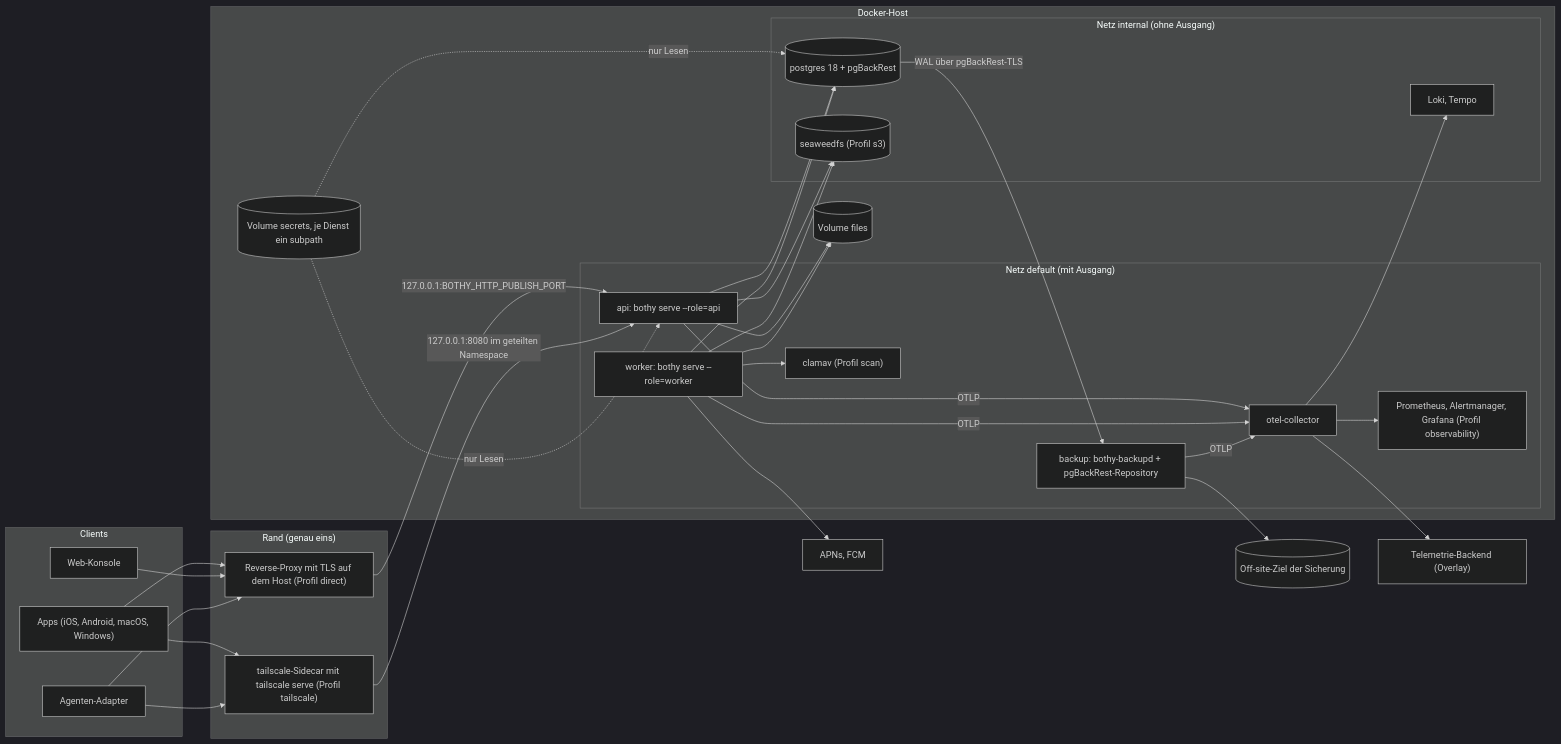
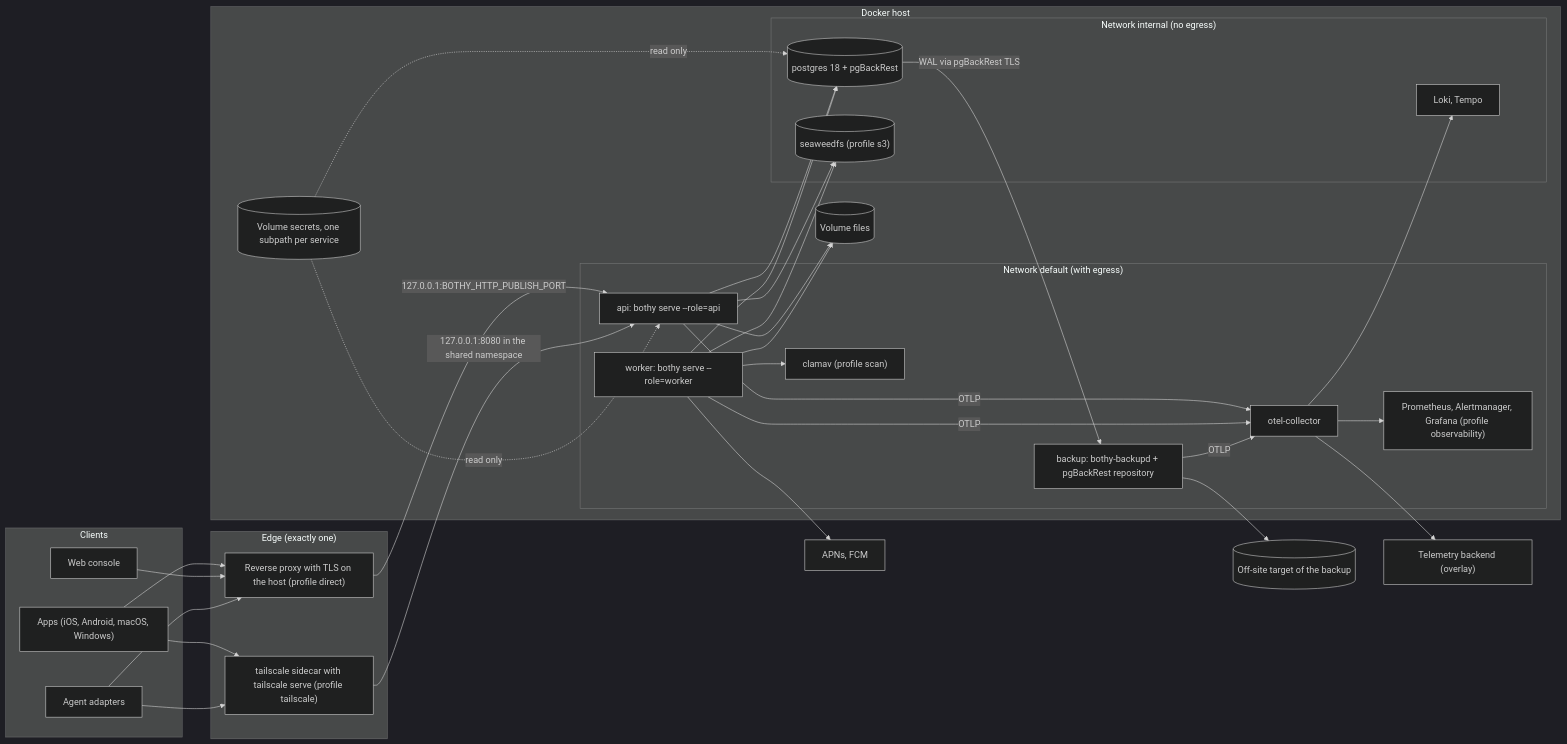
The diagram in docs/operations/diagrams/deployment-compose.mmd (mguttmann/bothy), drawn with Mermaid (dark theme) before and after one commit. The commit also changed 73 other files, not shown here.

```diff
--- a/docs/operations/diagrams/deployment-compose.mmd
+++ b/docs/operations/diagrams/deployment-compose.mmd
@@ -1,59 +1,59 @@
 flowchart LR
     subgraph clients["Clients"]
         apps["Apps (iOS, Android, macOS, Windows)"]
-        console["Web-Konsole"]
-        adapters["Agenten-Adapter"]
+        console["Web console"]
+        adapters["Agent adapters"]
     end
 
-    subgraph edge["Rand (genau eins)"]
-        proxy["Reverse-Proxy mit TLS auf dem Host (Profil direct)"]
-        ts["tailscale-Sidecar mit tailscale serve (Profil tailscale)"]
+    subgraph edge["Edge (exactly one)"]
+        proxy["Reverse proxy with TLS on the host (profile direct)"]
+        ts["tailscale sidecar with tailscale serve (profile tailscale)"]
     end
 
-    subgraph host["Docker-Host"]
-        subgraph net_default["Netz default (mit Ausgang)"]
+    subgraph host["Docker host"]
+        subgraph net_default["Network default (with egress)"]
             api["api: bothy serve --role=api"]
             worker["worker: bothy serve --role=worker"]
-            backup["backup: bothy-backupd + pgBackRest-Repository"]
+            backup["backup: bothy-backupd + pgBackRest repository"]
             otel["otel-collector"]
-            clamav["clamav (Profil scan)"]
-            obs["Prometheus, Alertmanager, Grafana (Profil observability)"]
+            clamav["clamav (profile scan)"]
+            obs["Prometheus, Alertmanager, Grafana (profile observability)"]
         end
-        subgraph net_internal["Netz internal (ohne Ausgang)"]
+        subgraph net_internal["Network internal (no egress)"]
             pg[("postgres 18 + pgBackRest")]
-            s3[("seaweedfs (Profil s3)")]
+            s3[("seaweedfs (profile s3)")]
             lt["Loki, Tempo"]
         end
         vol_files[("Volume files")]
-        vol_secrets[("Volume secrets, je Dienst ein subpath")]
+        vol_secrets[("Volume secrets, one subpath per service")]
     end
 
-    offsite[("Off-site-Ziel der Sicherung")]
-    saas["Telemetrie-Backend (Overlay)"]
+    offsite[("Off-site target of the backup")]
+    saas["Telemetry backend (overlay)"]
     pushsvc["APNs, FCM"]
 
     apps --> proxy
     apps --> ts
     console --> proxy
     adapters --> proxy
     adapters --> ts
     proxy -- "127.0.0.1:BOTHY_HTTP_PUBLISH_PORT" --> api
-    ts -- "127.0.0.1:8080 im geteilten Namespace" --> api
+    ts -- "127.0.0.1:8080 in the shared namespace" --> api
     api --> pg
     worker --> pg
     api --> vol_files
     worker --> vol_files
     worker --> clamav
     api --> s3
     worker --> s3
     worker --> pushsvc
-    pg -- "WAL über pgBackRest-TLS" --> backup
+    pg -- "WAL via pgBackRest TLS" --> backup
     backup --> offsite
     api -- OTLP --> otel
     worker -- OTLP --> otel
     backup -- OTLP --> otel
     otel --> obs
     otel --> lt
     otel --> saas
-    vol_secrets -. "nur Lesen" .-> api
-    vol_secrets -. "nur Lesen" .-> pg
+    vol_secrets -. "read only" .-> api
+    vol_secrets -. "read only" .-> pg
```
